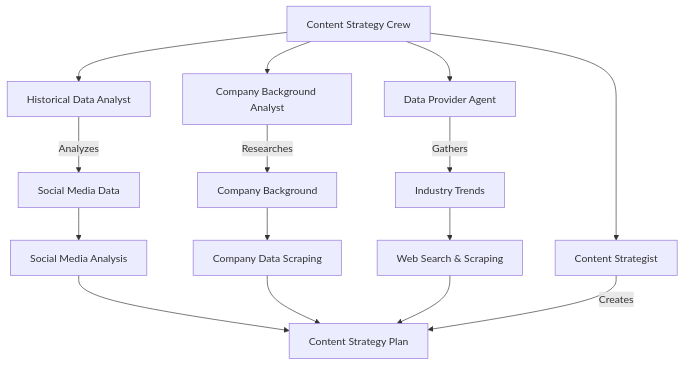
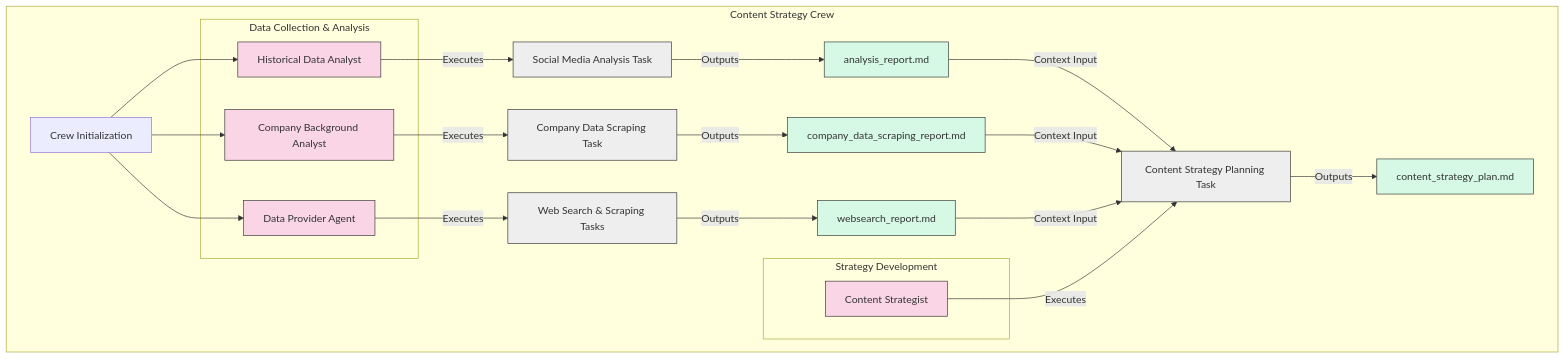
One commit to Kavirubc/cc_agent changed the first of 2 diagrams in README.md. Above: the diagram before and after it, drawn with Mermaid.

Commit message:
Refactor README.md to enhance the Content Strategy Crew diagram, organizing components into subgraphs for better clarity. Updated task execution flow and output relationships for improved understanding of the content planning process.

````diff
--- a/README.md
+++ b/README.md
@@ -9,21 +9,43 @@
 ```mermaid
 graph TD
-    A[Content Strategy Crew] --> B[Historical Data Analyst]
-    A --> C[Company Background Analyst]
-    A --> D[Data Provider Agent]
-    A --> E[Content Strategist]
+    subgraph "Content Strategy Crew"
+        A[Crew Initialization]
+        
+        subgraph "Data Collection & Analysis"
+            B[Historical Data Analyst]
+            C[Company Background Analyst]
+            D[Data Provider Agent]
+        end
+        
+        subgraph "Strategy Development"
+            E[Content Strategist]
+        end
+        
+        A --> B
+        A --> C
+        A --> D
+        
+        B -->|Executes| F[Social Media Analysis Task]
+        C -->|Executes| G[Company Data Scraping Task]
+        D -->|Executes| H[Web Search & Scraping Tasks]
+        
+        F -->|Outputs| I[analysis_report.md]
+        G -->|Outputs| J[company_data_scraping_report.md]
+        H -->|Outputs| K[websearch_report.md]
+        
+        I -->|Context Input| L[Content Strategy Planning Task]
+        J -->|Context Input| L
+        K -->|Context Input| L
+        
+        E -->|Executes| L
+        L -->|Outputs| M[content_strategy_plan.md]
+    end
     
-    B -->|Analyzes| F[Social Media Data]
-    C -->|Researches| G[Company Background]
-    D -->|Gathers| H[Industry Trends]
+    classDef agent fill:#f9d5e5,stroke:#333,stroke-width:1px;
+    classDef task fill:#eeeeee,stroke:#333,stroke-width:1px;
+    classDef output fill:#d5f9e5,stroke:#333,stroke-width:1px;
     
-    F --> I[Social Media Analysis]
-    G --> J[Company Data Scraping]
-    H --> K[Web Search & Scraping]
-    
-    I --> L[Content Strategy Plan]
-    J --> L
-    K --> L
-    
-    E -->|Creates| L
+    class B,C,D,E agent;
+    class F,G,H,L task;
+    class I,J,K,M output;
 ```
````
